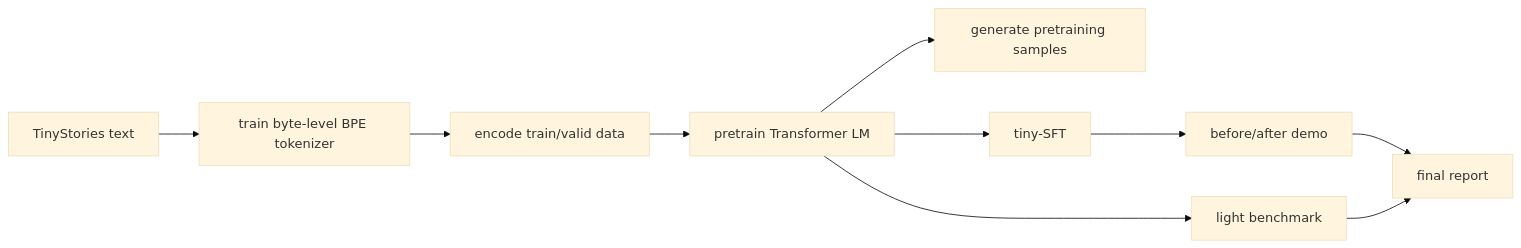
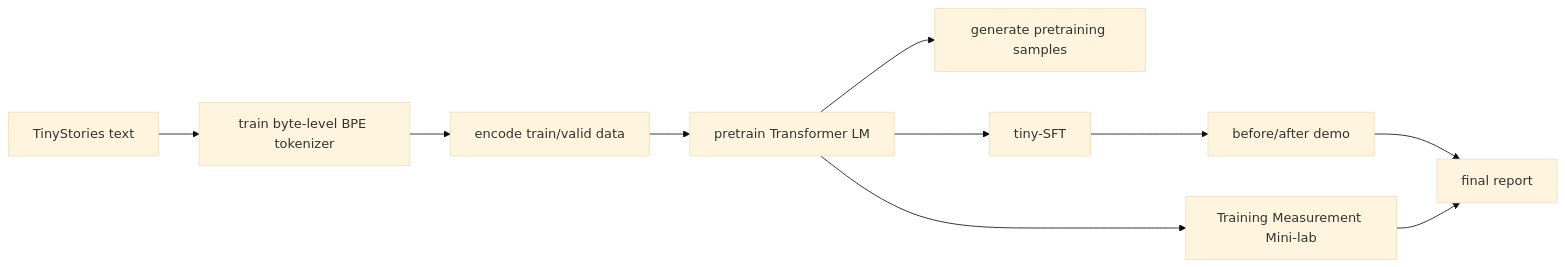
Before and after one commit to Emxy-Yang-2236/MiniLLM: the diagram in README.md, drawn with Mermaid (base theme). The commit also changed other lines of this file and 12 other files, not shown here.

````diff
--- a/README.md
+++ b/README.md
@@ -15,12 +15,12 @@
 ```mermaid
 flowchart LR
   A[TinyStories text] --> B[train byte-level BPE tokenizer]
   B --> C[encode train/valid data]
   C --> D[pretrain Transformer LM]
   D --> E[generate pretraining samples]
   D --> F[tiny-SFT]
   F --> G[before/after demo]
-  D --> H[light benchmark]
+  D --> H[Training Measurement Mini-lab]
   G --> I[final report]
   H --> I
 ```
````
